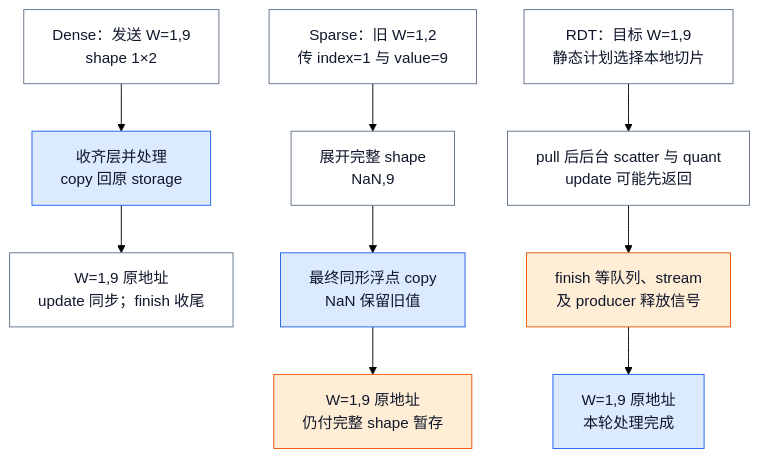
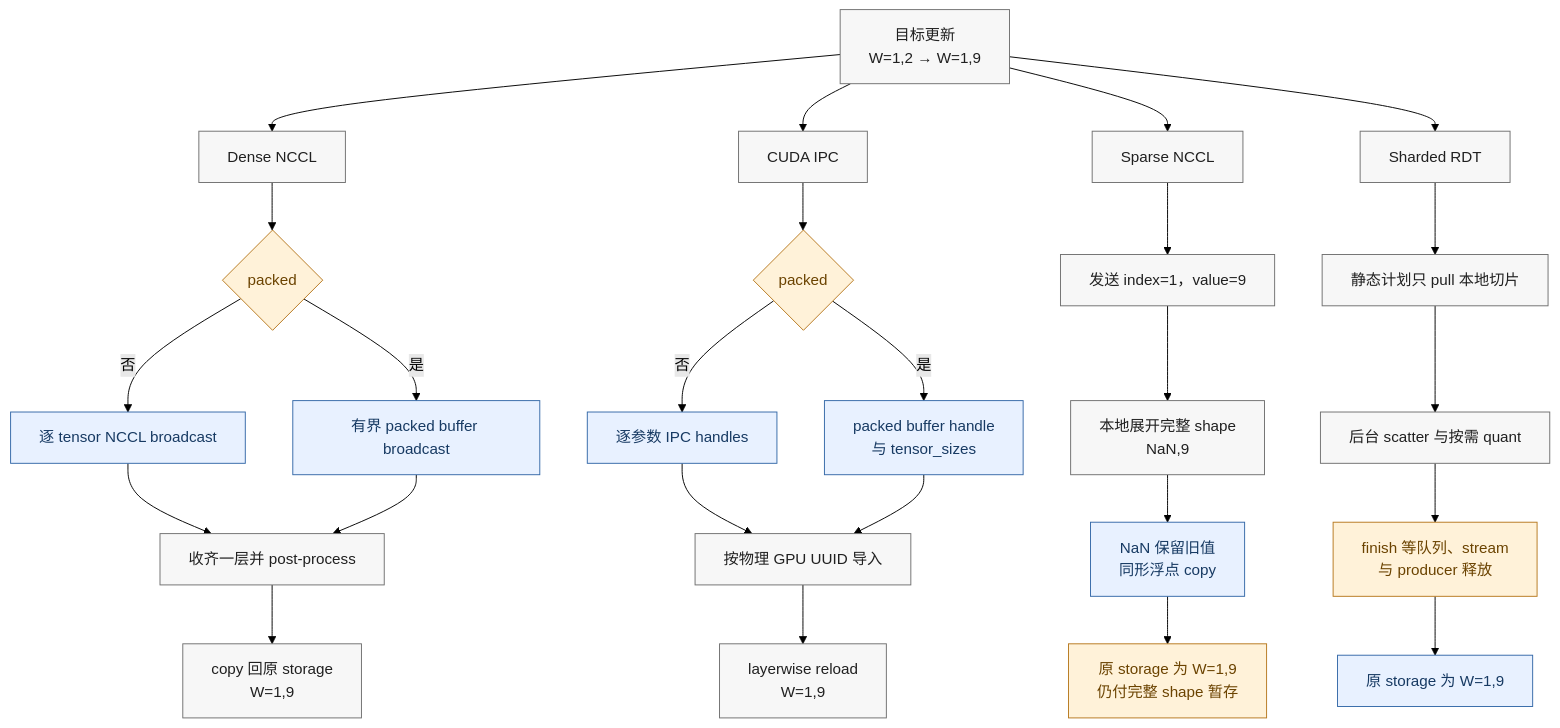
Before and after one commit to suhaibo666/llm-knowledge: the second of 3 diagrams in wiki/02_engineering/03_infer_frameworks/vllm/25_vllm_weight_transfer_online_update_analysis.md, drawn with Mermaid (forest theme). The commit also changed other lines of this file and 11 other files, not shown here.

````diff
--- a/wiki/02_engineering/03_infer_frameworks/vllm/25_vllm_weight_transfer_online_update_analysis.md
+++ b/wiki/02_engineering/03_infer_frameworks/vllm/25_vllm_weight_transfer_online_update_analysis.md
@@ -136,16 +180,37 @@
 ```mermaid
 flowchart TB
-  D["Dense：发送 W=1,9<br/>shape 1×2"] --> DL["收齐层并处理<br/>copy 回原 storage"]
-  DL --> DO["W=1,9 原地址<br/>update 同步；finish 收尾"]
-  S["Sparse：旧 W=1,2<br/>传 index=1 与 value=9"] --> SN["展开完整 shape<br/>NaN,9"]
-  SN --> SC["最终同形浮点 copy<br/>NaN 保留旧值"]
-  SC --> SO["W=1,9 原地址<br/>仍付完整 shape 暂存"]
-  R["RDT：目标 W=1,9<br/>静态计划选择本地切片"] --> RP["pull 后后台 scatter 与 quant<br/>update 可能先返回"]
-  RP --> RF["finish 等队列、stream<br/>及 producer 释放信号"]
-  RF --> RO["W=1,9 原地址<br/>本轮处理完成"]
-  classDef default fill:#ffffff,stroke:#64748b,color:#0f172a
-  classDef acc1 fill:#dbeafe,stroke:#2563eb,color:#0f172a
-  classDef acc2 fill:#ffedd5,stroke:#ea580c,color:#0f172a
-  class DL,SC,RO acc1
-  class SO,RF acc2
+    W["目标更新<br/>W=1,2 → W=1,9"] --> D["Dense NCCL"]
+    W --> I["CUDA IPC"]
+    W --> S["Sparse NCCL"]
+    W --> R["Sharded RDT"]
+
+    D --> DU{"packed"}
+    DU -->|否| DB["逐 tensor NCCL broadcast"]
+    DU -->|是| DP["有界 packed buffer broadcast"]
+    DB --> DL["收齐一层并 post-process"]
+    DP --> DL
+    DL --> DO["copy 回原 storage<br/>W=1,9"]
+
+    I --> IU{"packed"}
+    IU -->|否| IH["逐参数 IPC handles"]
+    IU -->|是| IP["packed buffer handle<br/>与 tensor_sizes"]
+    IH --> IR["按物理 GPU UUID 导入"]
+    IP --> IR
+    IR --> IO["layerwise reload<br/>W=1,9"]
+
+    S --> SX["发送 index=1，value=9"]
+    SX --> SN["本地展开完整 shape<br/>NaN,9"]
+    SN --> SC["NaN 保留旧值<br/>同形浮点 copy"]
+    SC --> SO["原 storage 为 W=1,9<br/>仍付完整 shape 暂存"]
+
+    R --> RS["静态计划只 pull 本地切片"]
+    RS --> RP["后台 scatter 与按需 quant"]
+    RP --> RF["finish 等队列、stream<br/>与 producer 释放"]
+    RF --> RO["原 storage 为 W=1,9"]
+
+    classDef default fill:#f7f7f7,stroke:#707070,color:#202020
+    classDef acc1 fill:#e8f1ff,stroke:#3569a8,color:#173a63
+    classDef acc2 fill:#fff2d9,stroke:#b7791f,color:#6b4300
+    class DB,DP,IH,IP,SC,RO acc1
+    class DU,IU,SO,RF acc2
 ```
````
